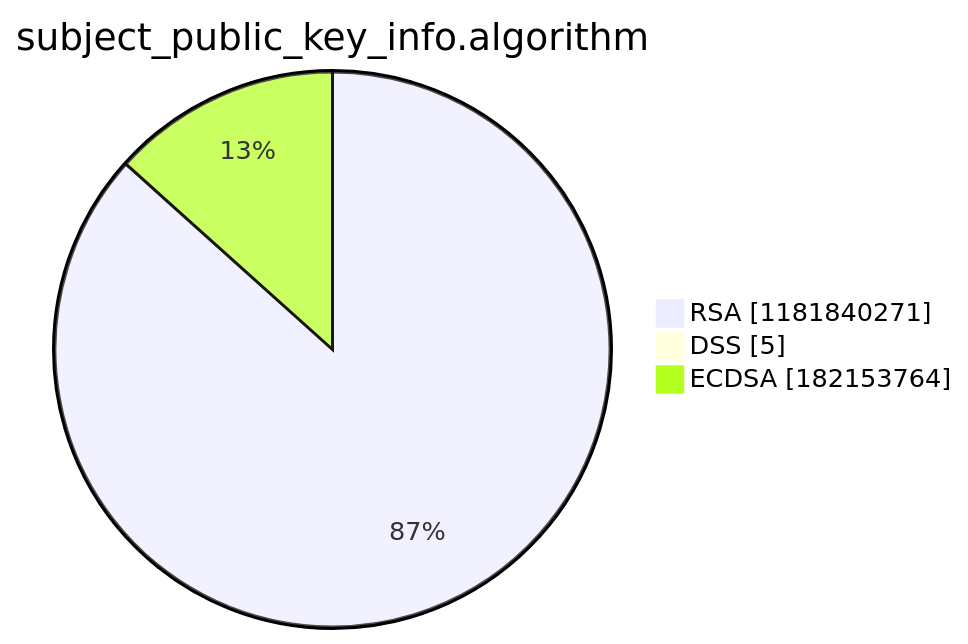
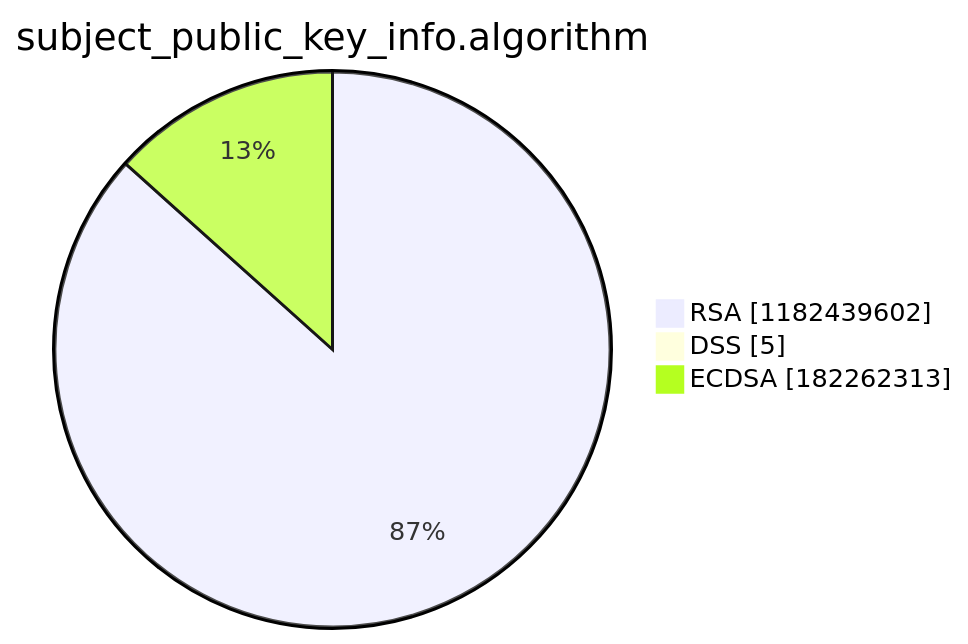
One commit to christiankrug/ctmonitor_visualization changed the third of 15 diagrams in argon2022/README.md. Above: the diagram before and after it, drawn with Mermaid. The commit also changed other lines of this file, not shown here.

````diff
--- a/argon2022/README.md
+++ b/argon2022/README.md
@@ -14,7 +14,7 @@
 ```mermaid
 pie showData
 title subject_public_key_info.algorithm
-"RSA" :1181840271
+"RSA" :1182439602
 "DSS" :5
-"ECDSA" :182153764
+"ECDSA" :182262313
 ```
````
